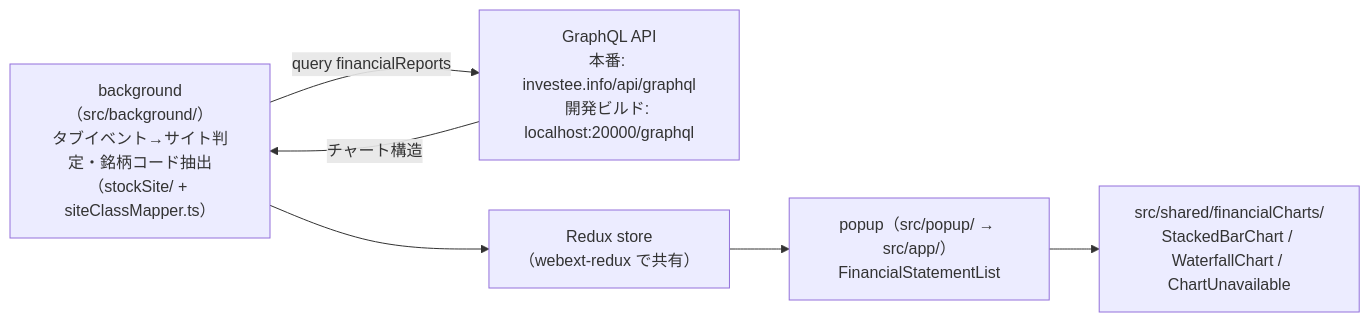
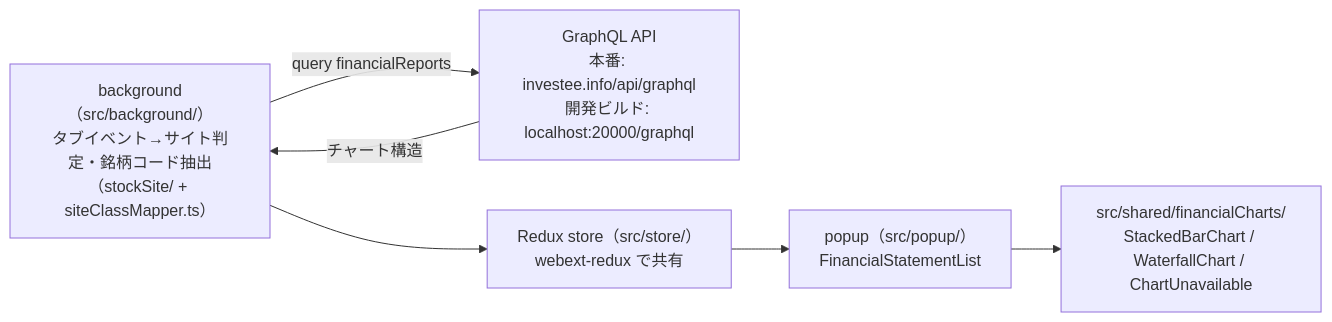
One commit to shin4488/financial-statement-chrome-extension changed the diagram in CLAUDE.md. Above: the diagram before and after it, drawn with Mermaid. The commit also changed 16 other files, not shown here.

Commit message:
change: restructure src by execution context (dissolve app/ into popup/ and store/)

````diff
--- a/CLAUDE.md
+++ b/CLAUDE.md
@@ -18,11 +18,11 @@
 ```mermaid
 flowchart LR
     BG["background（src/background/）<br>タブイベント→サイト判定・銘柄コード抽出<br>（stockSite/ + siteClassMapper.ts）"]
     API["GraphQL API<br>本番: investee.info/api/graphql<br>開発ビルド: localhost:20000/graphql"]
-    STORE["Redux store<br>（webext-redux で共有）"]
-    POPUP["popup（src/popup/ → src/app/）<br>FinancialStatementList"]
+    STORE["Redux store（src/store/）<br>webext-redux で共有"]
+    POPUP["popup（src/popup/）<br>FinancialStatementList"]
     KIT["src/shared/financialCharts/<br>StackedBarChart / WaterfallChart / ChartUnavailable"]
     BG -->|"query financialReports"| API
     API -->|"チャート構造"| BG
     BG --> STORE --> POPUP --> KIT
 ```
````
